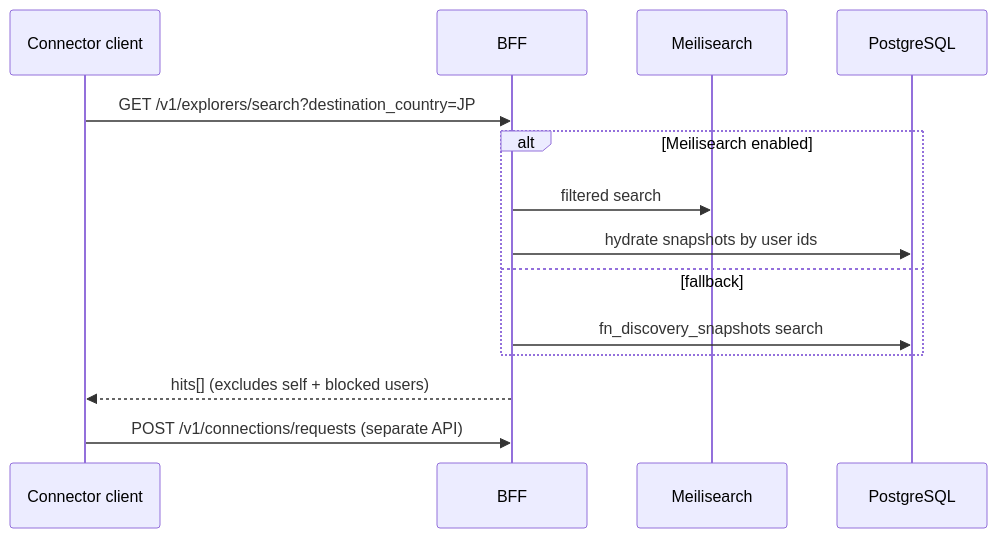
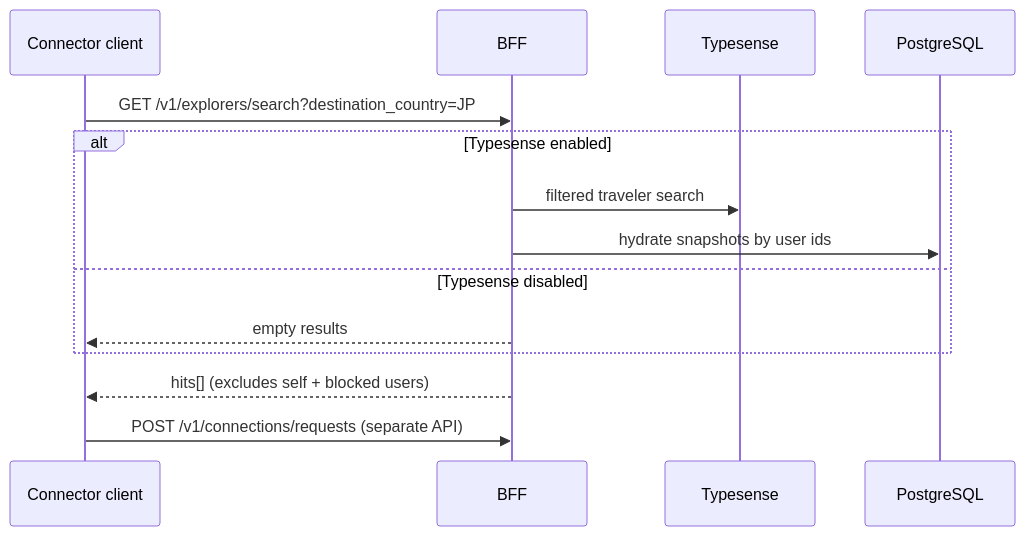
Before and after one commit to Premaramkarthik/chatapp-backend: the third of 3 diagrams in docs/explorers-api.md, drawn with Mermaid. The commit also changed other lines of this file and 110 other files, not shown here.

Commit message:
feat(search): integrate Typesense for enhanced search capabilities and remove Tinode references

````diff
--- a/docs/explorers-api.md
+++ b/docs/explorers-api.md
@@ -432,17 +433,17 @@
 ```mermaid
 sequenceDiagram
   participant M as Connector client
   participant B as BFF
-  participant Meili as Meilisearch
+  participant TS as Typesense
   participant PG as PostgreSQL
 
   M->>B: GET /v1/explorers/search?destination_country=JP
-  alt Meilisearch enabled
-    B->>Meili: filtered search
+  alt Typesense enabled
+    B->>TS: filtered traveler search
     B->>PG: hydrate snapshots by user ids
-  else fallback
-    B->>PG: fn_discovery_snapshots search
+  else Typesense disabled
+    B-->>M: empty results
   end
   B-->>M: hits[] (excludes self + blocked users)
   M->>B: POST /v1/connections/requests (separate API)
 ```
````
